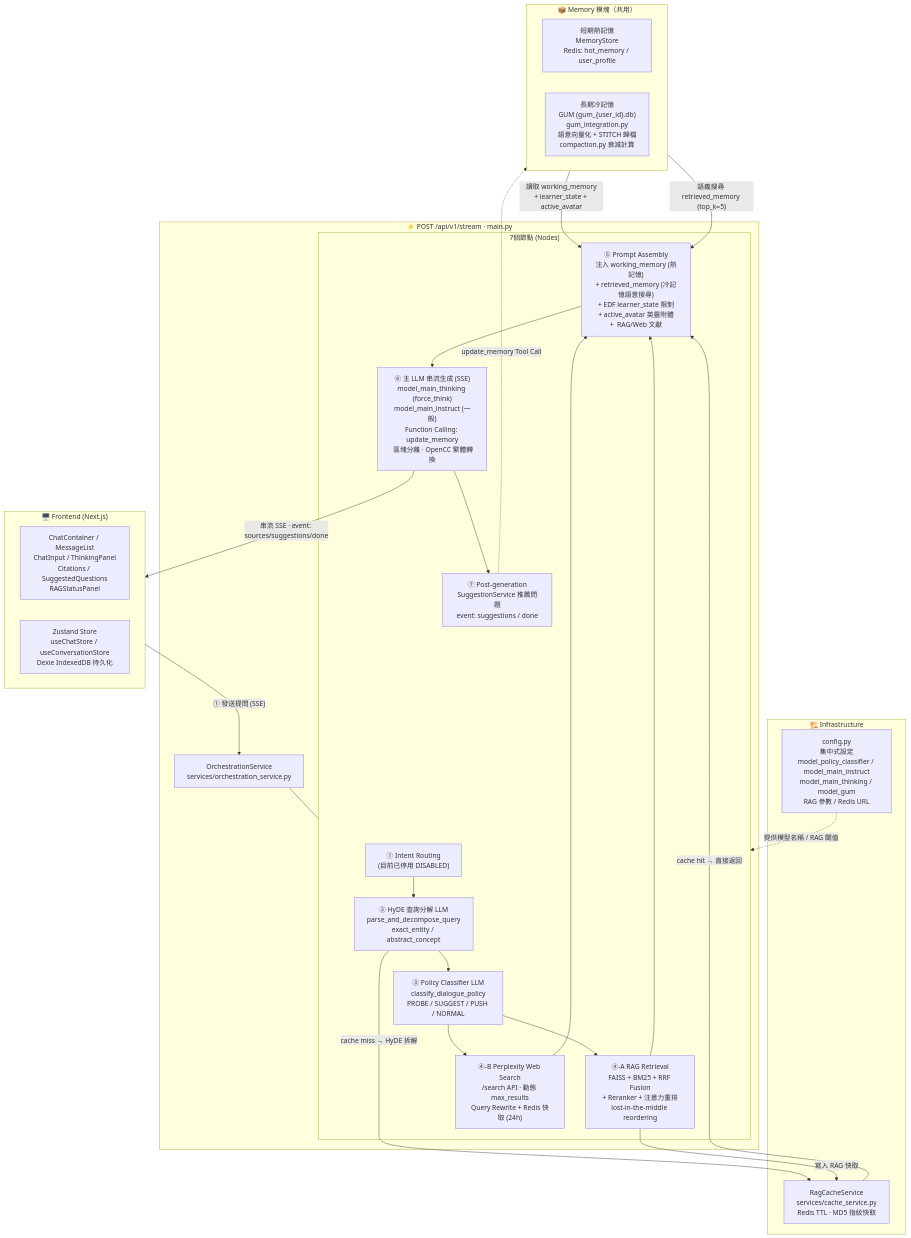
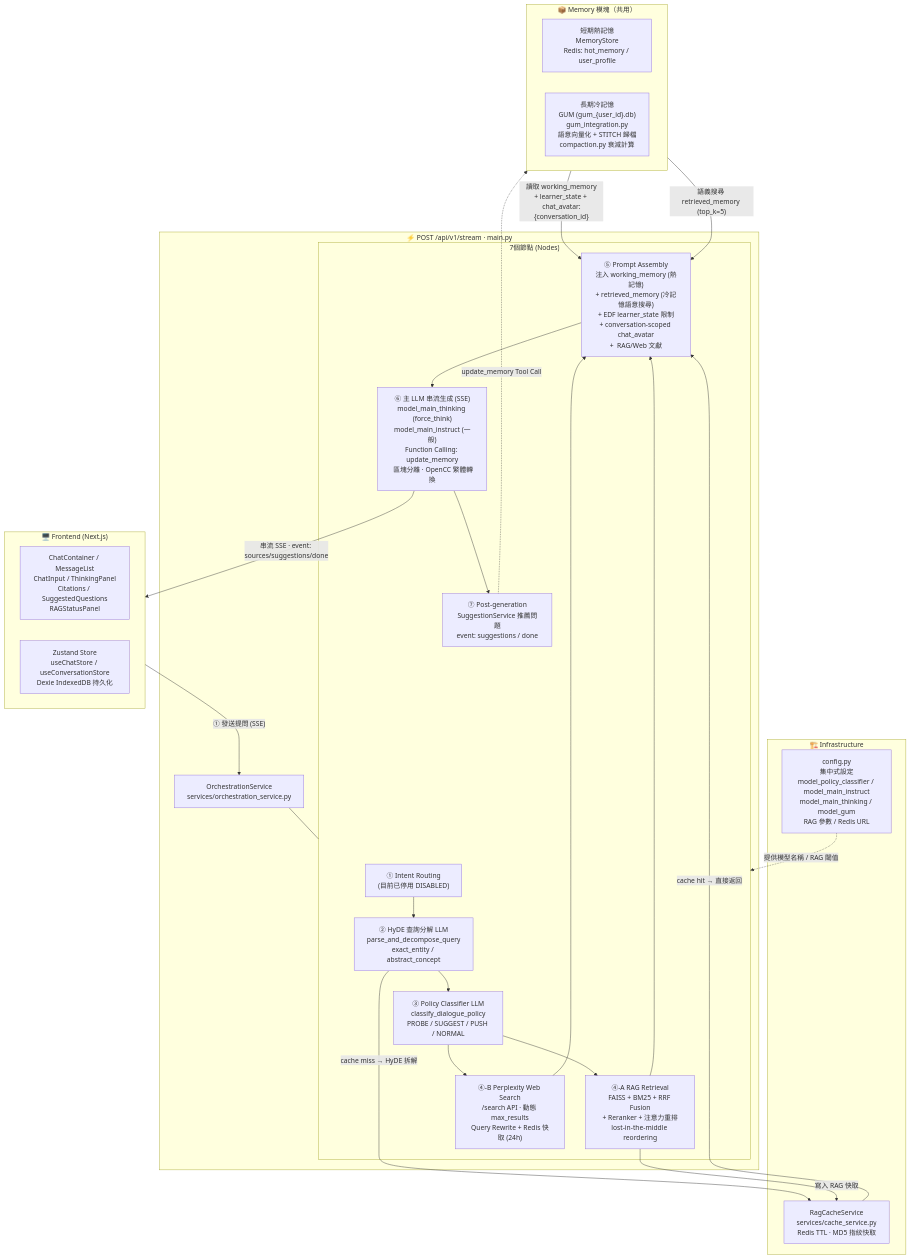
One commit to CongJie-Pan/AREQA changed the first of 4 diagrams in README.md. Above: the diagram before and after it, drawn with Mermaid. The commit also changed other lines of this file and 10 other files, not shown here.

````diff
--- a/README.md
+++ b/README.md
@@ -180,53 +180,53 @@
 ```mermaid
 flowchart TD
     subgraph FE_A ["🖥️ Frontend (Next.js)"]
         direction LR
         UI_Chat["ChatContainer / MessageList\nChatInput / ThinkingPanel\nCitations / SuggestedQuestions\nRAGStatusPanel"]
         ConvStore["Zustand Store\nuseChatStore / useConversationStore\nDexie IndexedDB 持久化"]
     end
 
     subgraph INFRA ["🏗️ Infrastructure"]
         Config["config.py\n集中式設定\nmodel_policy_classifier / model_main_instruct\nmodel_main_thinking / model_gum\nRAG 參數 / Redis URL"]
         RedisCache["RagCacheService\nservices/cache_service.py\nRedis TTL · MD5 指紋快取"]
     end
 
     subgraph MEM ["📦 Memory 模塊（共用）"]
         direction LR
         HotMem["短期熱記憶\nMemoryStore\nRedis: hot_memory / user_profile"]
         ColdMem["長期冷記憶\nGUM (gum_{user_id}.db)\ngum_integration.py\n語意向量化 + STITCH 歸檔\ncompaction.py 衰減計算"]
     end
 
     subgraph API_A ["⚡ POST /api/v1/stream  ·  main.py"]
         Orchestrator["OrchestrationService\nservices/orchestration_service.py"]
 
         subgraph ORCH_NODES ["7個節點 (Nodes)"]
             N1["① Intent Routing\n(目前已停用 DISABLED)"]
             N2["② HyDE 查詢分解 LLM\nparse_and_decompose_query\nexact_entity / abstract_concept"]
             N3["③ Policy Classifier LLM\nclassify_dialogue_policy\nPROBE / SUGGEST / PUSH / NORMAL"]
             N4A["④-A RAG Retrieval\nFAISS + BM25 + RRF Fusion\n+ Reranker + 注意力重排\nlost-in-the-middle reordering"]
             N4B["④-B Perplexity Web Search\n/search API · 動態 max_results\nQuery Rewrite + Redis 快取 (24h)"]
-            N5["⑤ Prompt Assembly\n注入 working_memory (熱記憶)\n+ retrieved_memory (冷記憶語意搜尋)\n+ EDF learner_state 限制\n+ active_avatar 英靈附體\n+ <context> RAG/Web 文獻"]
+            N5["⑤ Prompt Assembly\n注入 working_memory (熱記憶)\n+ retrieved_memory (冷記憶語意搜尋)\n+ EDF learner_state 限制\n+ conversation-scoped chat_avatar\n+ <context> RAG/Web 文獻"]
             N6["⑥ 主 LLM 串流生成 (SSE)\nmodel_main_thinking (force_think)\nmodel_main_instruct (一般)\nFunction Calling: update_memory\n<think> 區塊分離 · OpenCC 繁體轉換"]
             N7["⑦ Post-generation\nSuggestionService 推薦問題\nevent: suggestions / done"]
             N1 --> N2
             N2 --> N3
             N3 --> N4A
             N3 --> N4B
             N4A --> N5
             N4B --> N5
             N5 --> N6
             N6 --> N7
         end
     end
 
     UI_Chat -->|"① 發送提問 (SSE)"| Orchestrator
     Orchestrator --- ORCH_NODES
     N2 -->|"cache miss → HyDE 拆解"| RedisCache
     RedisCache -->|"cache hit → 直接返回"| N5
     N4A -->|"寫入 RAG 快取"| RedisCache
-    HotMem -->|"讀取 working_memory\n+ learner_state + active_avatar"| N5
+    HotMem -->|"讀取 working_memory\n+ learner_state + chat_avatar:{conversation_id}"| N5
     ColdMem -->|"語義搜尋 retrieved_memory (top_k=5)"| N5
     N6 -->|"串流 SSE · event: sources/suggestions/done"| UI_Chat
     N7 -.->|"update_memory Tool Call"| HotMem
     Config -.->|"提供模型名稱 / RAG 閾值"| ORCH_NODES
 ```
````
